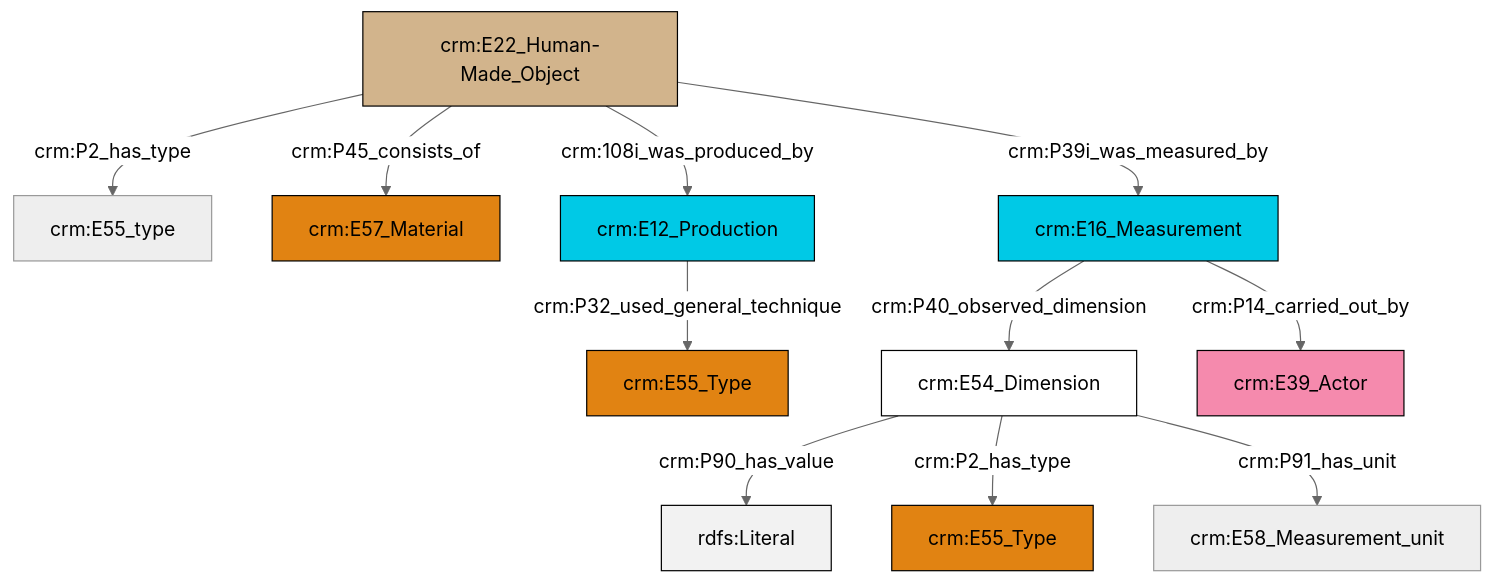
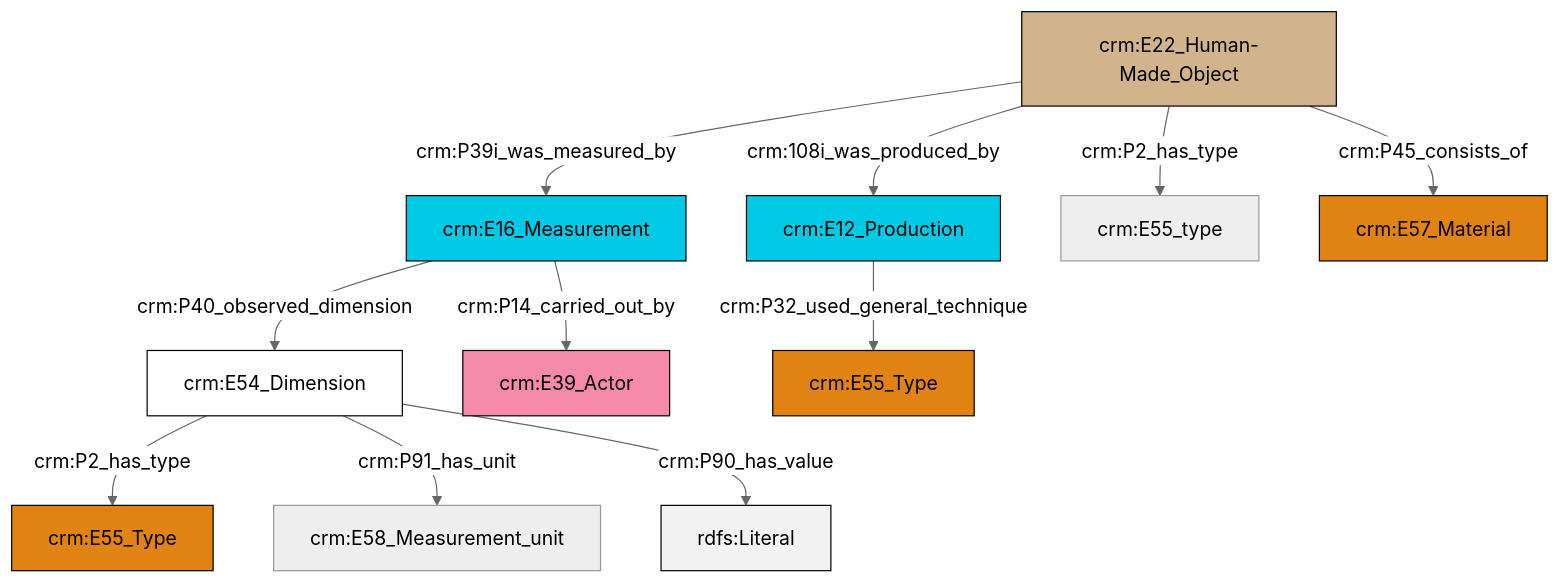
The diagram in et/builtWorkCSV/ttl/mmd/Built_Work_substance.ttl.mmd (swiss-art-research-net/docs.swissartresearch), drawn with Mermaid (neutral theme) before and after one commit. The commit also changed 216 other files, not shown here.

```diff
--- a/et/builtWorkCSV/ttl/mmd/Built_Work_substance.ttl.mmd
+++ b/et/builtWorkCSV/ttl/mmd/Built_Work_substance.ttl.mmd
@@ -1,25 +1,25 @@
 graph TD
 classDef Literal fill:#f2f2f2,stroke:#000000;
 classDef CRM_Entity fill:#FFFFFF,stroke:#000000;
 classDef Temporal_Entity fill:#00C9E6, stroke:#000000;
 classDef Type fill:#E18312, stroke:#000000;
 classDef Time-Span fill:#2C9C91, stroke:#000000;
 classDef Appellation fill:#FFEB7F, stroke:#000000;
 classDef Place fill:#008836, stroke:#000000;
 classDef Persistent_Item fill:#B266B2, stroke:#000000;
 classDef Conceptual_Object fill:#FFD700, stroke:#000000;
 classDef Physical_Thing fill:#D2B48C, stroke:#000000;
 classDef Actor fill:#f58aad, stroke:#000000;
 classDef PC_Classes fill:#4ce600, stroke:#000000;
 classDef Multi fill:#cccccc,stroke:#000000;
 
-0["crm:E22_Human-Made_Object"]:::Physical_Thing -->|crm:P2_has_type| 1["crm:E55_type"]:::Default
-4["crm:E54_Dimension"]:::CRM_Entity -->|crm:P90_has_value| 5[rdfs:Literal]:::Literal
-6["crm:E16_Measurement"]:::Temporal_Entity -->|crm:P40_observed_dimension| 4["crm:E54_Dimension"]:::CRM_Entity
-0["crm:E22_Human-Made_Object"]:::Physical_Thing -->|crm:P45_consists_of| 2["crm:E57_Material"]:::Type
-4["crm:E54_Dimension"]:::CRM_Entity -->|crm:P2_has_type| 10["crm:E55_Type"]:::Type
-12["crm:E12_Production"]:::Temporal_Entity -->|crm:P32_used_general_technique| 8["crm:E55_Type"]:::Type
-4["crm:E54_Dimension"]:::CRM_Entity -->|crm:P91_has_unit| 15["crm:E58_Measurement_unit"]:::Default
-0["crm:E22_Human-Made_Object"]:::Physical_Thing -->|crm:108i_was_produced_by| 12["crm:E12_Production"]:::Temporal_Entity
-0["crm:E22_Human-Made_Object"]:::Physical_Thing -->|crm:P39i_was_measured_by| 6["crm:E16_Measurement"]:::Temporal_Entity
-6["crm:E16_Measurement"]:::Temporal_Entity -->|crm:P14_carried_out_by| 16["crm:E39_Actor"]:::Actor
+0["crm:E54_Dimension"]:::CRM_Entity -->|crm:P2_has_type| 1["crm:E55_Type"]:::Type
+2["crm:E22_Human-Made_Object"]:::Physical_Thing -->|crm:108i_was_produced_by| 3["crm:E12_Production"]:::Temporal_Entity
+0["crm:E54_Dimension"]:::CRM_Entity -->|crm:P91_has_unit| 4["crm:E58_Measurement_unit"]:::Default
+5["crm:E16_Measurement"]:::Temporal_Entity -->|crm:P14_carried_out_by| 6["crm:E39_Actor"]:::Actor
+2["crm:E22_Human-Made_Object"]:::Physical_Thing -->|crm:P2_has_type| 8["crm:E55_type"]:::Default
+5["crm:E16_Measurement"]:::Temporal_Entity -->|crm:P40_observed_dimension| 0["crm:E54_Dimension"]:::CRM_Entity
+2["crm:E22_Human-Made_Object"]:::Physical_Thing -->|crm:P39i_was_measured_by| 5["crm:E16_Measurement"]:::Temporal_Entity
+2["crm:E22_Human-Made_Object"]:::Physical_Thing -->|crm:P45_consists_of| 14["crm:E57_Material"]:::Type
+3["crm:E12_Production"]:::Temporal_Entity -->|crm:P32_used_general_technique| 15["crm:E55_Type"]:::Type
+0["crm:E54_Dimension"]:::CRM_Entity -->|crm:P90_has_value| 18[rdfs:Literal]:::Literal
```
